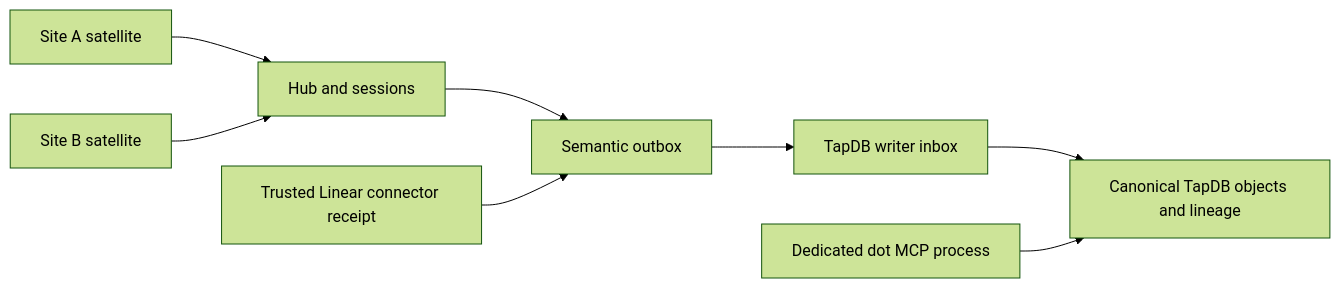
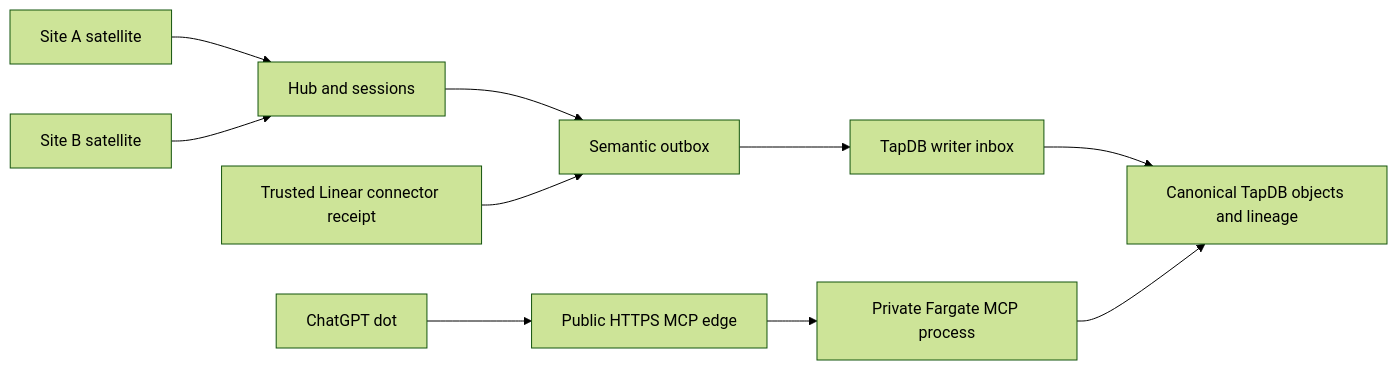
The diagram in docs/plans/20261109_marvain_4x_release_demo_packet.md (Daylily-Informatics/marvain), drawn with Mermaid (forest theme) before and after one commit. The commit also changed other lines of this file and 16 other files, not shown here.

````diff
--- a/docs/plans/20261109_marvain_4x_release_demo_packet.md
+++ b/docs/plans/20261109_marvain_4x_release_demo_packet.md
@@ -9,10 +9,12 @@
 ```mermaid
 flowchart LR
   A[Site A satellite] --> H[Hub and sessions]
   B[Site B satellite] --> H
   H --> O[Semantic outbox]
   O --> W[TapDB writer inbox]
   W --> T[Canonical TapDB objects and lineage]
-  D[Dedicated dot MCP process] --> T
+  D[ChatGPT dot] --> G[Public HTTPS MCP edge]
+  G --> C[Private Fargate MCP process]
+  C --> T
   L[Trusted Linear connector receipt] --> O
 ```
````
